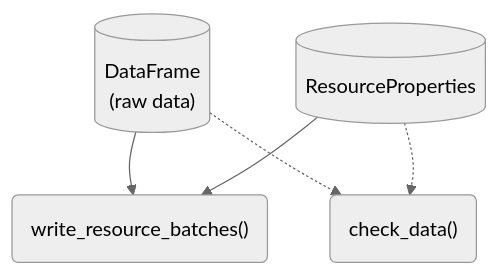
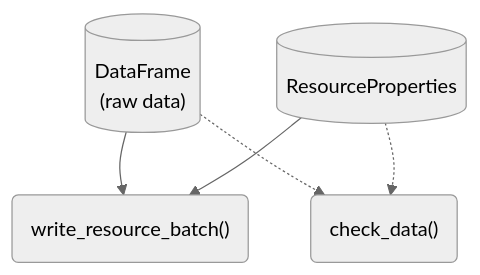
The diagram in docs/design/interface/flows.qmd (seedcase-project/seedcase-sprout), drawn with Mermaid (neutral theme) before and after one commit.

Commit message:
docs: :pencil2: clarify it is singular, not plural

````diff
--- a/docs/design/interface/flows.qmd
+++ b/docs/design/interface/flows.qmd
@@ -50,15 +50,15 @@
 ```{mermaid}
 %%| label: fig-flow-save-raw-data-to-batch
 %%| fig-cap: "Diagram showing the flow of objects and functions to save new, added, or modified raw data to a batch."
 %%| fig-alt: "A flow diagram showing the steps to save new, added, or modified raw data to a batch."
 flowchart
     raw_data[("DataFrame<br>(raw data)")]
     resource_properties[(ResourceProperties)]
-    write_resource_batches("write_resource_batches()")
+    write_resource_batch("write_resource_batch()")
     check_data("check_data()")
 
-    raw_data --> write_resource_batches
-    resource_properties --> write_resource_batches
+    raw_data --> write_resource_batch
+    resource_properties --> write_resource_batch
     raw_data -.-> check_data
     resource_properties -.-> check_data
 ```
````
